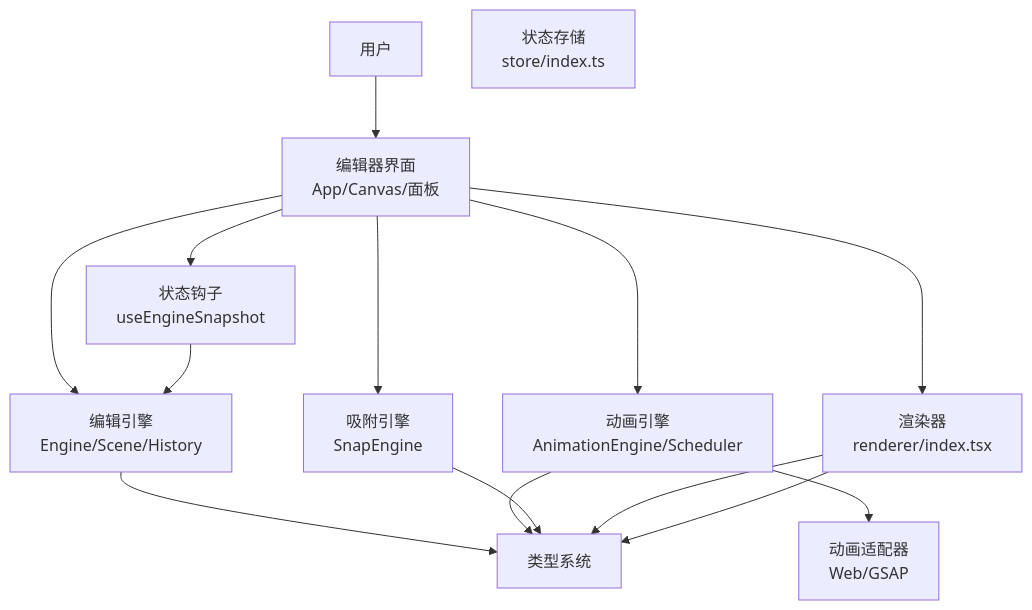
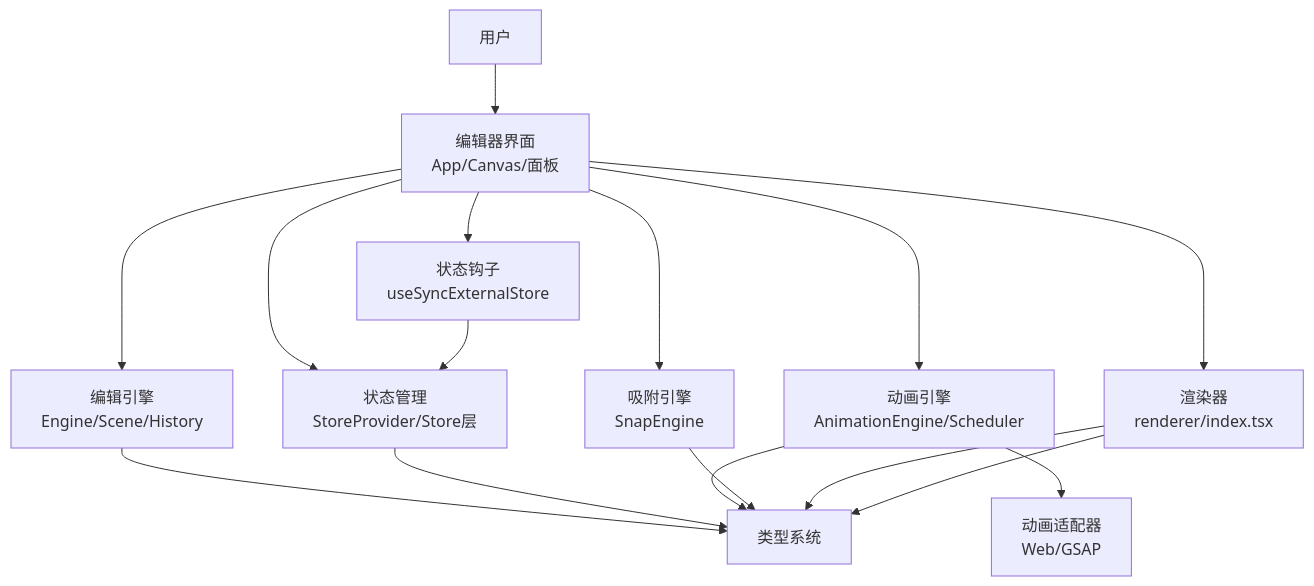
One commit to Anna0314zy/ai_editor_enginer changed diagram 13 of 14 in .qoder/repowiki/zh/content/核心架构/核心架构.md. Above: the diagram before and after it, drawn with Mermaid. The commit also changed other lines of this file and 17 other files, not shown here.

````diff
--- a/.qoder/repowiki/zh/content/核心架构/核心架构.md
+++ b/.qoder/repowiki/zh/content/核心架构/核心架构.md
@@ -598,26 +861,28 @@
 ```mermaid
 graph TB
 User["用户"]
 UI["编辑器界面<br/>App/Canvas/面板"]
 Engine["编辑引擎<br/>Engine/Scene/History"]
+Store["状态管理<br/>StoreProvider/Store层"]
 Anim["动画引擎<br/>AnimationEngine/Scheduler"]
 Snap["吸附引擎<br/>SnapEngine"]
-Hooks["状态钩子<br/>useEngineSnapshot"]
+Hooks["状态钩子<br/>useSyncExternalStore"]
 Adapters["动画适配器<br/>Web/GSAP"]
 Renderer["渲染器<br/>renderer/index.tsx"]
 Types["类型系统"]
-Store["状态存储<br/>store/index.ts"]
 User --> UI
 UI --> Engine
+UI --> Store
 UI --> Anim
 UI --> Snap
 UI --> Hooks
 UI --> Renderer
 Engine --> Types
+Store --> Types
 Anim --> Types
 Anim --> Adapters
 Snap --> Types
-Hooks --> Engine
+Hooks --> Store
 Renderer --> Types
 Renderer --> Types
 ```
````
